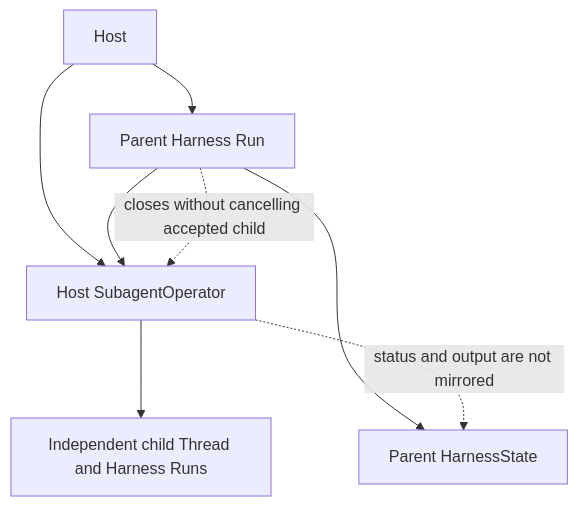
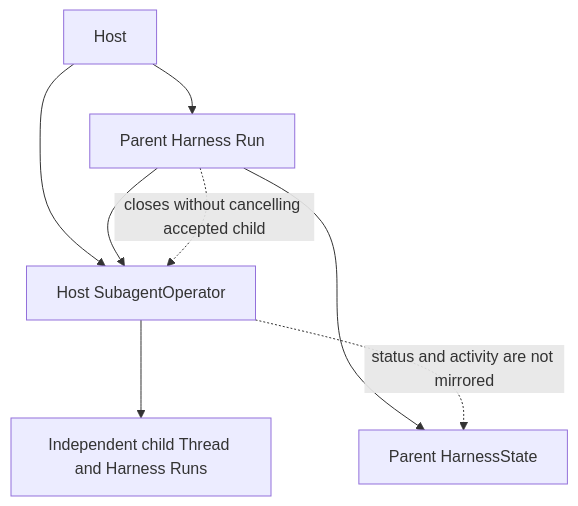
One commit to LTThreeComma/agent-foundation changed the first of 2 diagrams in spec/agent-harness/20-async-components-and-lifecycle.md. Above: the diagram before and after it, drawn with Mermaid. The commit also changed other lines of this file and 125 other files, not shown here.

````diff
--- a/spec/agent-harness/20-async-components-and-lifecycle.md
+++ b/spec/agent-harness/20-async-components-and-lifecycle.md
@@ -29,15 +29,15 @@
 ```mermaid
 flowchart TB
     Host[Host]
     Parent[Parent Harness Run]
     Operator[Host SubagentOperator]
     Child[Independent child Thread and Harness Runs]
     ParentState[Parent HarnessState]
 
     Host --> Parent
     Host --> Operator --> Child
     Parent --> Operator
     Parent --> ParentState
     Parent -. closes without cancelling accepted child .-> Operator
-    Operator -. status and output are not mirrored .-> ParentState
+    Operator -. status and activity are not mirrored .-> ParentState
 ```
````
